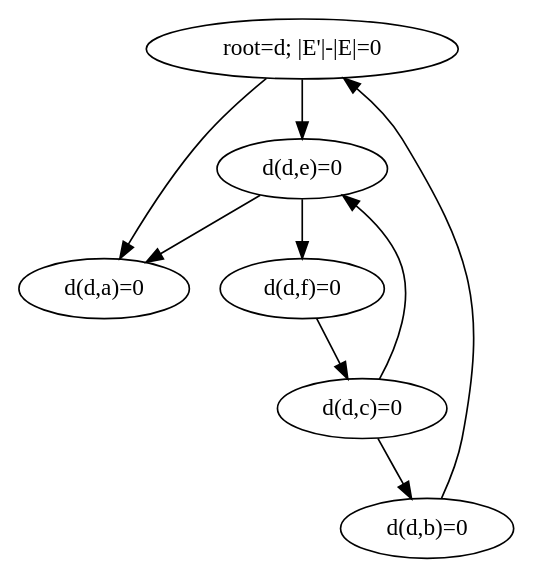
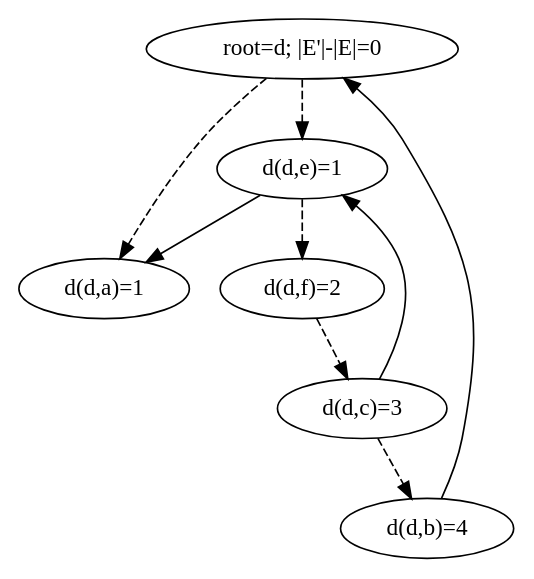
The diagram in dot_files/test_2_out.dot (GabVenturato/asdproject), drawn with Graphviz before and after one commit. The commit also changed 44 other files, not shown here.

```diff
--- a/dot_files/test_2_out.dot
+++ b/dot_files/test_2_out.dot
@@ -1,16 +1,16 @@
 digraph out {
 d [label="root=d; |E'|-|E|=0"];
-d -> e;
-d -> a;
-a [label="d(d,a)=0"];
-e [label="d(d,e)=0"];
+d -> e [style=dashed];
+d -> a [style=dashed];
+a [label="d(d,a)=1"];
+e [label="d(d,e)=1"];
 e -> a;
-e -> f;
-b [label="d(d,b)=0"];
+e -> f [style=dashed];
+b [label="d(d,b)=4"];
 b -> d;
-c [label="d(d,c)=0"];
+c [label="d(d,c)=3"];
 c -> e;
-c -> b;
-f [label="d(d,f)=0"];
-f -> c;
+c -> b [style=dashed];
+f [label="d(d,f)=2"];
+f -> c [style=dashed];
 }
```
